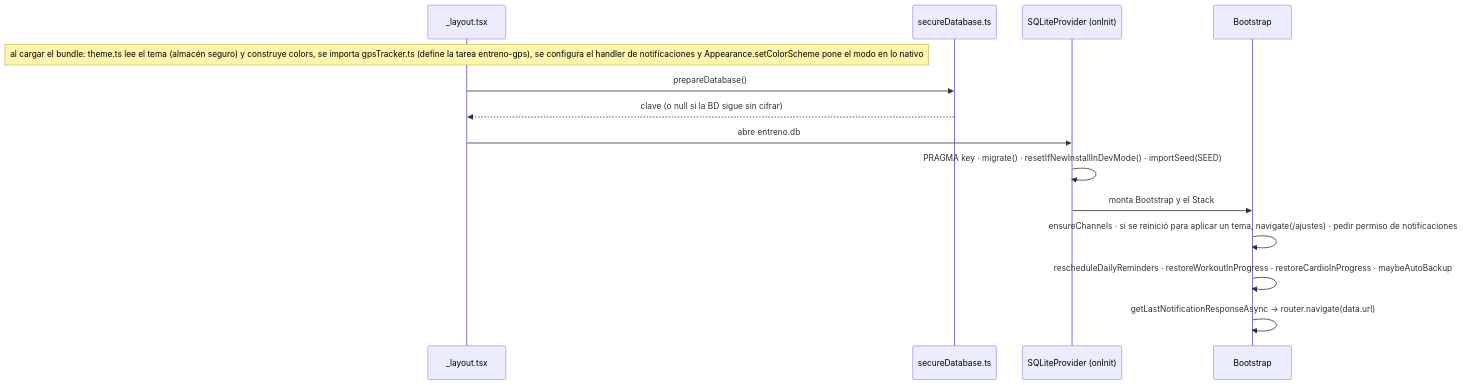
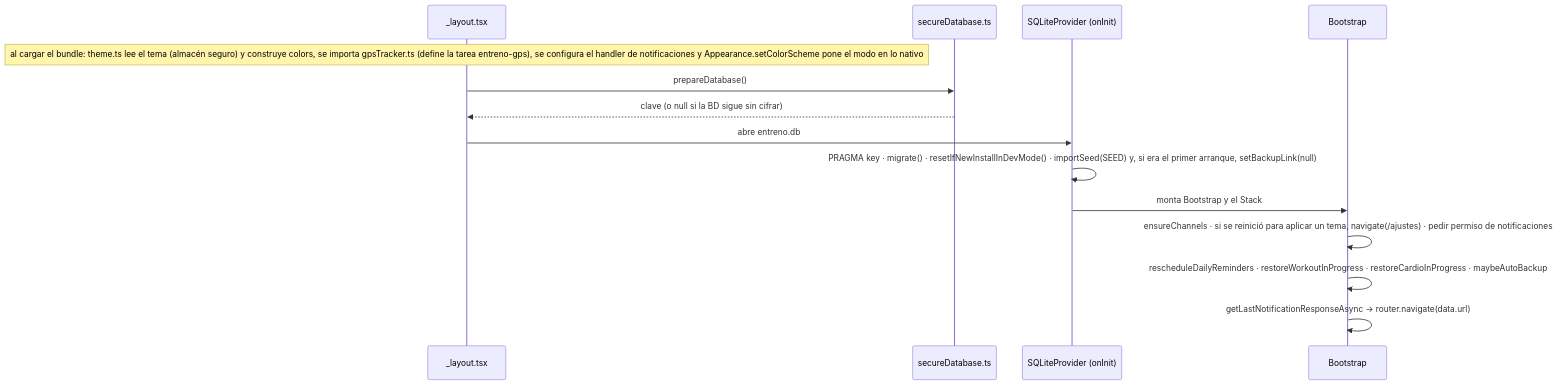
The second of 11 diagrams in ARCHITECTURE.md (fabgs/asistente-entrenamiento), drawn with Mermaid before and after one commit. The commit also changed other lines of this file and 16 other files, not shown here.

````diff
--- a/ARCHITECTURE.md
+++ b/ARCHITECTURE.md
@@ -94,16 +94,16 @@
 ```mermaid
 sequenceDiagram
   participant L as _layout.tsx
   participant S as secureDatabase.ts
   participant P as SQLiteProvider (onInit)
   participant B as Bootstrap
   Note over L: al cargar el bundle: theme.ts lee el tema (almacén seguro) y construye colors, se importa gpsTracker.ts (define la tarea entreno-gps), se configura el handler de notificaciones y Appearance.setColorScheme pone el modo en lo nativo
   L->>S: prepareDatabase()
   S-->>L: clave (o null si la BD sigue sin cifrar)
   L->>P: abre entreno.db
-  P->>P: PRAGMA key · migrate() · resetIfNewInstallInDevMode() · importSeed(SEED)
+  P->>P: PRAGMA key · migrate() · resetIfNewInstallInDevMode() · importSeed(SEED) y, si era el primer arranque, setBackupLink(null)
   P->>B: monta Bootstrap y el Stack
   B->>B: ensureChannels · si se reinició para aplicar un tema, navigate(/ajustes) · pedir permiso de notificaciones
   B->>B: rescheduleDailyReminders · restoreWorkoutInProgress · restoreCardioInProgress · maybeAutoBackup
   B->>B: getLastNotificationResponseAsync → router.navigate(data.url)
 ```
````
